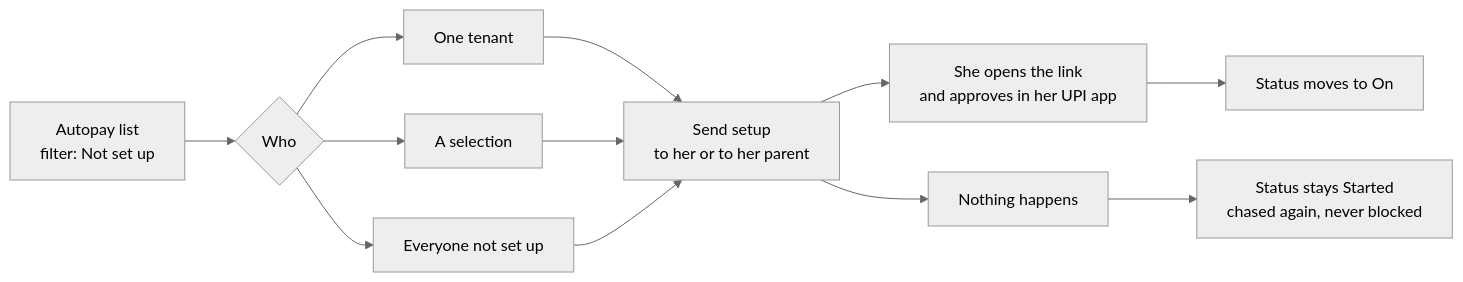
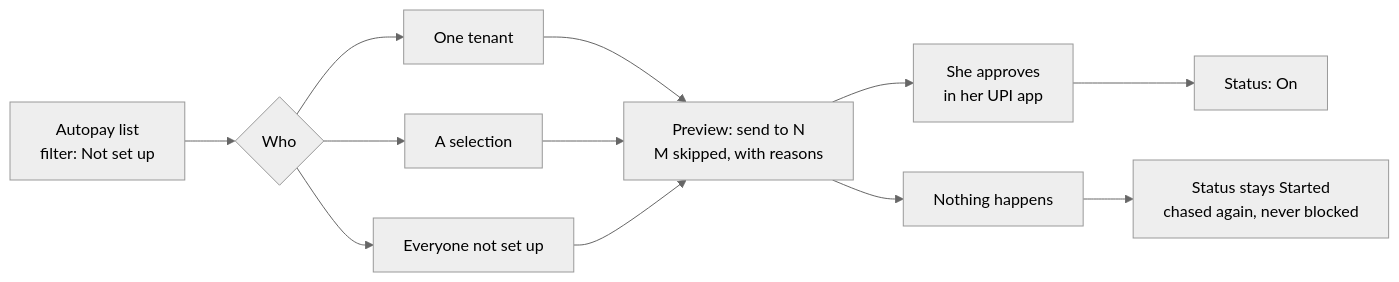
One commit to eazyapp-tech/rentok-autopay changed the second of 4 diagrams in surfaces/manager-app.md. Above: the diagram before and after it, drawn with Mermaid (neutral theme). The commit also changed other lines of this file and 3 other files, not shown here.

````diff
--- a/surfaces/manager-app.md
+++ b/surfaces/manager-app.md
@@ -82,12 +87,14 @@
 ```mermaid
 flowchart LR
     A[Autopay list<br/>filter: Not set up] --> B{Who}
     B --> C[One tenant]
     B --> D[A selection]
     B --> E[Everyone not set up]
-    C & D & E --> F[Send setup<br/>to her or to her parent]
-    F --> G[She opens the link<br/>and approves in her UPI app]
-    G --> H[Status moves to On]
+    C --> F[Preview: send to N<br/>M skipped, with reasons]
+    D --> F
+    E --> F
+    F --> G[She approves<br/>in her UPI app]
+    G --> H[Status: On]
     F --> I[Nothing happens]
     I --> J[Status stays Started<br/>chased again, never blocked]
 ```
````
